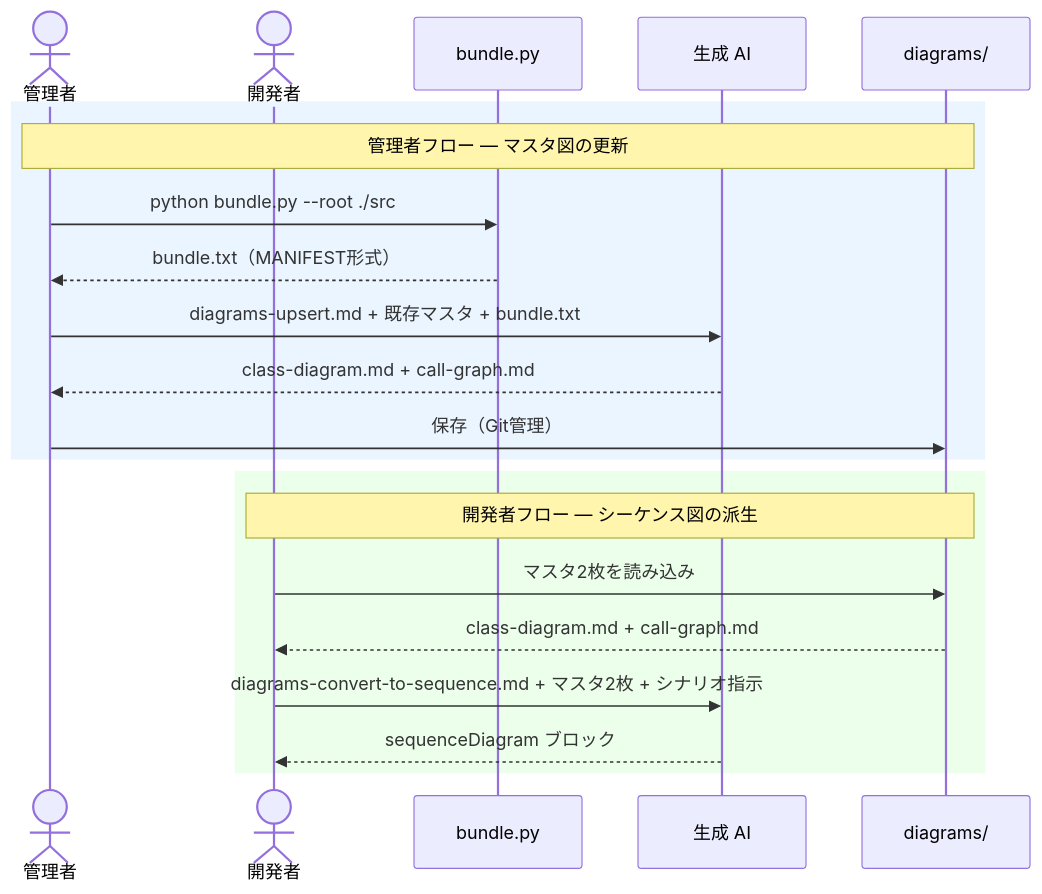
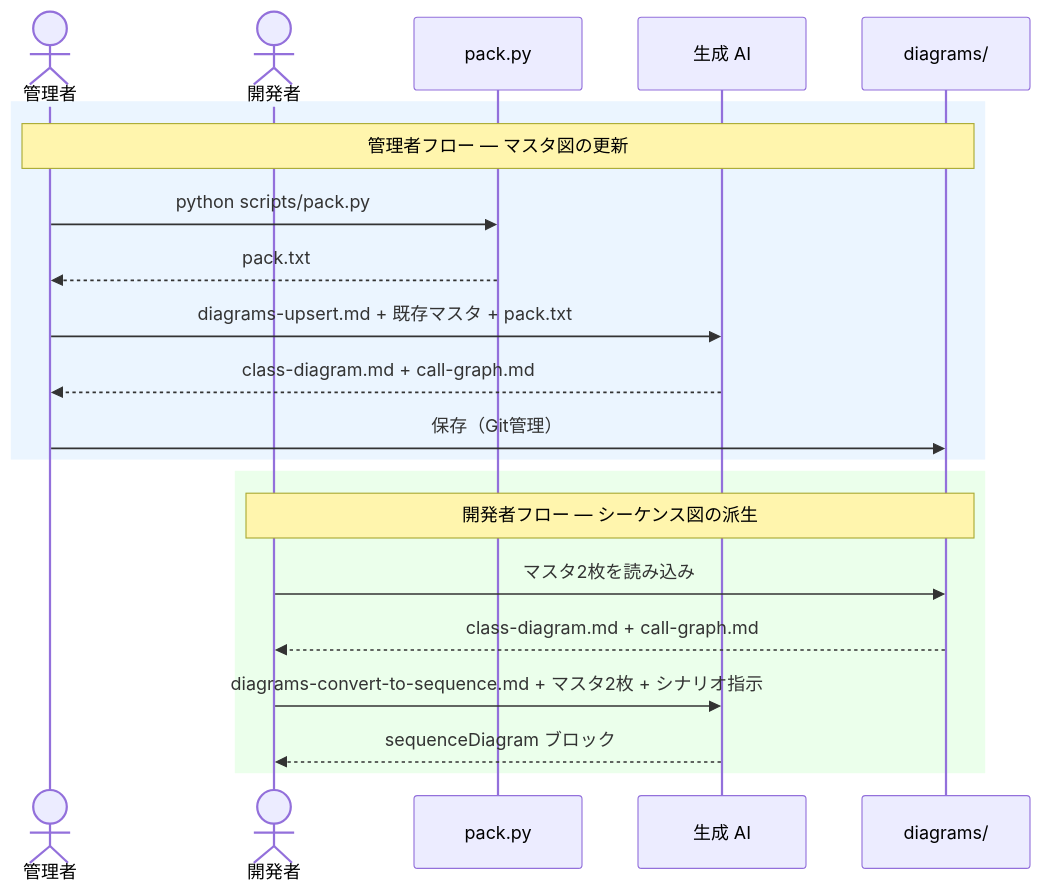
The diagram in prompts/diagram-keeper/docs/explanation/architecture-overview.md (yasuhiro112358/ai-agent-toolkit), drawn with Mermaid before and after one commit. The commit also changed other lines of this file and 17 other files, not shown here.

First line of the commit message:
feat(diagram-keeper): replace bundle.py with pack.py and pack.cfg

````diff
--- a/prompts/diagram-keeper/docs/explanation/architecture-overview.md
+++ b/prompts/diagram-keeper/docs/explanation/architecture-overview.md
@@ -15,25 +15,25 @@
 ```mermaid
 sequenceDiagram
     actor 管理者
     actor 開発者
-    participant Script as bundle.py
+    participant Script as pack.py
     participant AI as 生成 AI
     participant Repo as diagrams/
 
     rect rgb(235, 245, 255)
         Note over 管理者,Repo: 管理者フロー — マスタ図の更新
-        管理者->>Script: python bundle.py --root ./src
-        Script-->>管理者: bundle.txt（MANIFEST形式）
-        管理者->>AI: diagrams-upsert.md + 既存マスタ + bundle.txt
+        管理者->>Script: python scripts/pack.py
+        Script-->>管理者: pack.txt
+        管理者->>AI: diagrams-upsert.md + 既存マスタ + pack.txt
         AI-->>管理者: class-diagram.md + call-graph.md
         管理者->>Repo: 保存（Git管理）
     end
 
     rect rgb(235, 255, 235)
         Note over 開発者,Repo: 開発者フロー — シーケンス図の派生
         開発者->>Repo: マスタ2枚を読み込み
         Repo-->>開発者: class-diagram.md + call-graph.md
         開発者->>AI: diagrams-convert-to-sequence.md + マスタ2枚 + シナリオ指示
         AI-->>開発者: sequenceDiagram ブロック
     end
 ```
````
